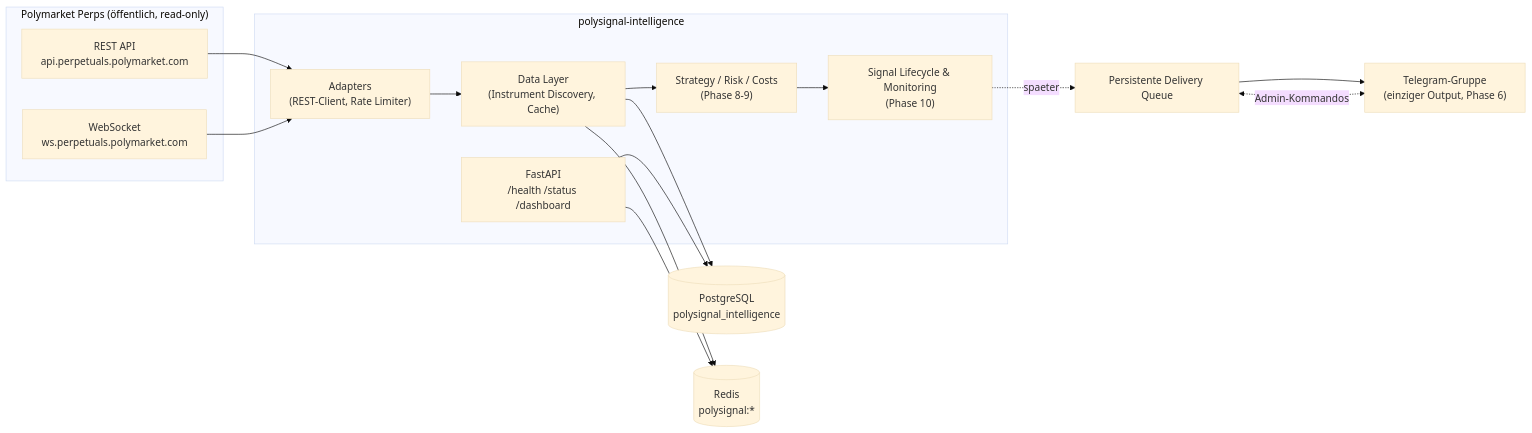
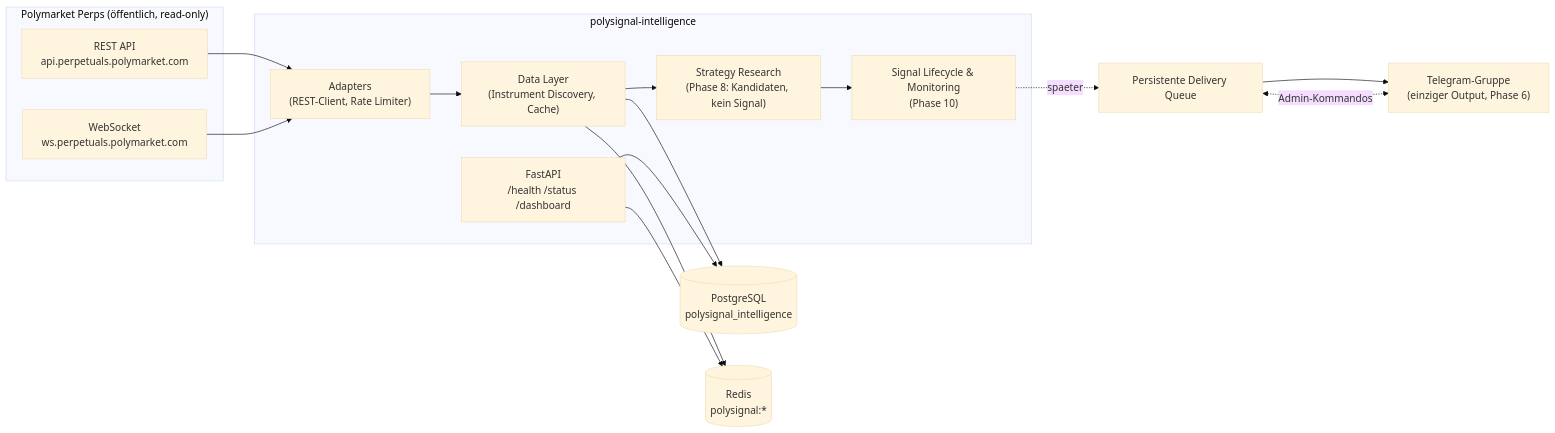
Before and after one commit to moritzkraemer290809-cell/signal-polybot: the diagram in README.md, drawn with Mermaid (base theme). The commit also changed other lines of this file and 60 other files, not shown here.

````diff
--- a/README.md
+++ b/README.md
@@ -29,29 +30,29 @@
 ```mermaid
 flowchart LR
     subgraph public["Polymarket Perps (öffentlich, read-only)"]
         REST["REST API<br/>api.perpetuals.polymarket.com"]
         WS["WebSocket<br/>ws.perpetuals.polymarket.com"]
     end
 
     subgraph app["polysignal-intelligence"]
         ADP["Adapters<br/>(REST-Client, Rate Limiter)"]
         DATA["Data Layer<br/>(Instrument Discovery, Cache)"]
-        STRAT["Strategy / Risk / Costs<br/>(Phase 8-9)"]
+        STRAT["Strategy Research<br/>(Phase 8: Kandidaten, kein Signal)"]
         MON["Signal Lifecycle & Monitoring<br/>(Phase 10)"]
         API["FastAPI<br/>/health /status /dashboard"]
     end
 
     PG[("PostgreSQL<br/>polysignal_intelligence")]
     RD[("Redis<br/>polysignal:*")]
     TG["Telegram-Gruppe<br/>(einziger Output, Phase 6)"]
 
     REST --> ADP --> DATA
     WS --> ADP
     DATA --> PG
     DATA --> RD
     DATA --> STRAT --> MON
     MON -.spaeter.-> TGQ["Persistente Delivery Queue"] --> TG
     TGQ <-.Admin-Kommandos.-> TG
     API --> PG
     API --> RD
 ```
````
